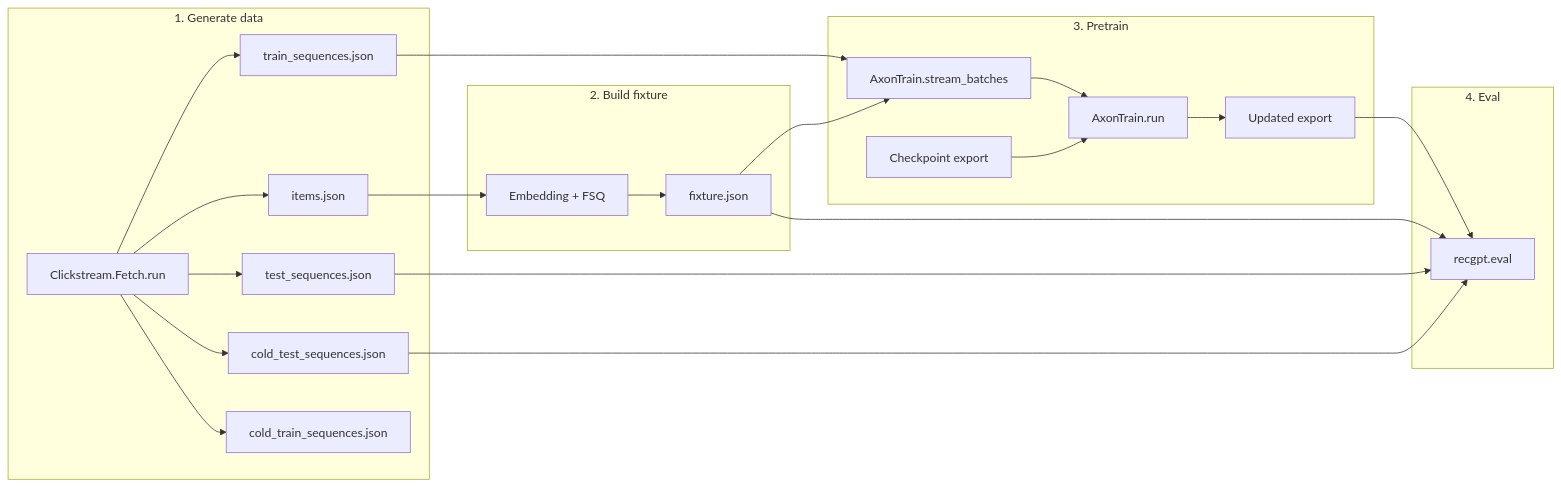
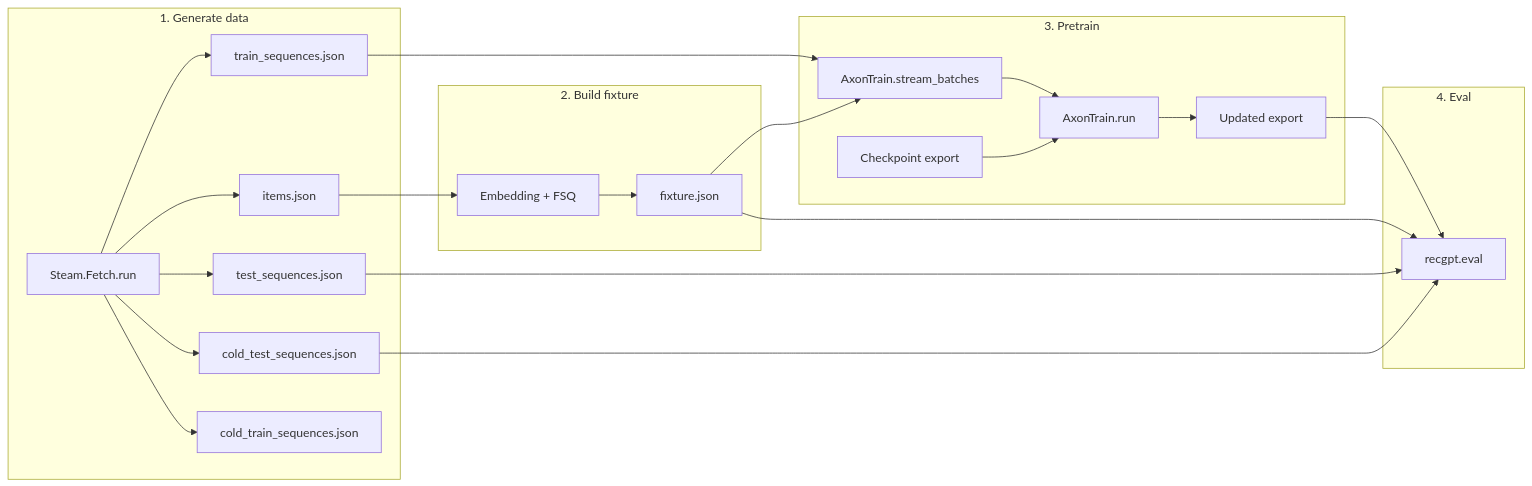
The diagram in docs/README.md (V-Sekai-archive/elixir-cold-recommendation), drawn with Mermaid before and after one commit. The commit also changed 44 other files, not shown here.

First line of the commit message:
Remove UCI Clickstream, REST/Plug; add legacy .pt, Credo fixes, Steam-only pipeline

````diff
--- a/docs/README.md
+++ b/docs/README.md
@@ -9,29 +9,29 @@
 ```mermaid
 flowchart LR
   subgraph gen [1. Generate data]
-    Fetch[Clickstream.Fetch.run]
+    Fetch[Steam.Fetch.run]
     Fetch --> items[items.json]
     Fetch --> train[train_sequences.json]
     Fetch --> test[test_sequences.json]
     Fetch --> cold[cold_test_sequences.json]
     Fetch --> coldTrain[cold_train_sequences.json]
   end
   subgraph build [2. Build fixture]
     items --> Embed[Embedding + FSQ]
     Embed --> fixture[fixture.json]
   end
   subgraph pretrain [3. Pretrain]
     ckpt[Checkpoint export]
     train --> stream[AxonTrain.stream_batches]
     fixture --> stream
     stream --> run[AxonTrain.run]
     ckpt --> run
     run --> out[Updated export]
   end
   subgraph eval [4. Eval]
     out --> EvalTask[recgpt.eval]
     fixture --> EvalTask
     test --> EvalTask
     cold --> EvalTask
   end
 ```
````
